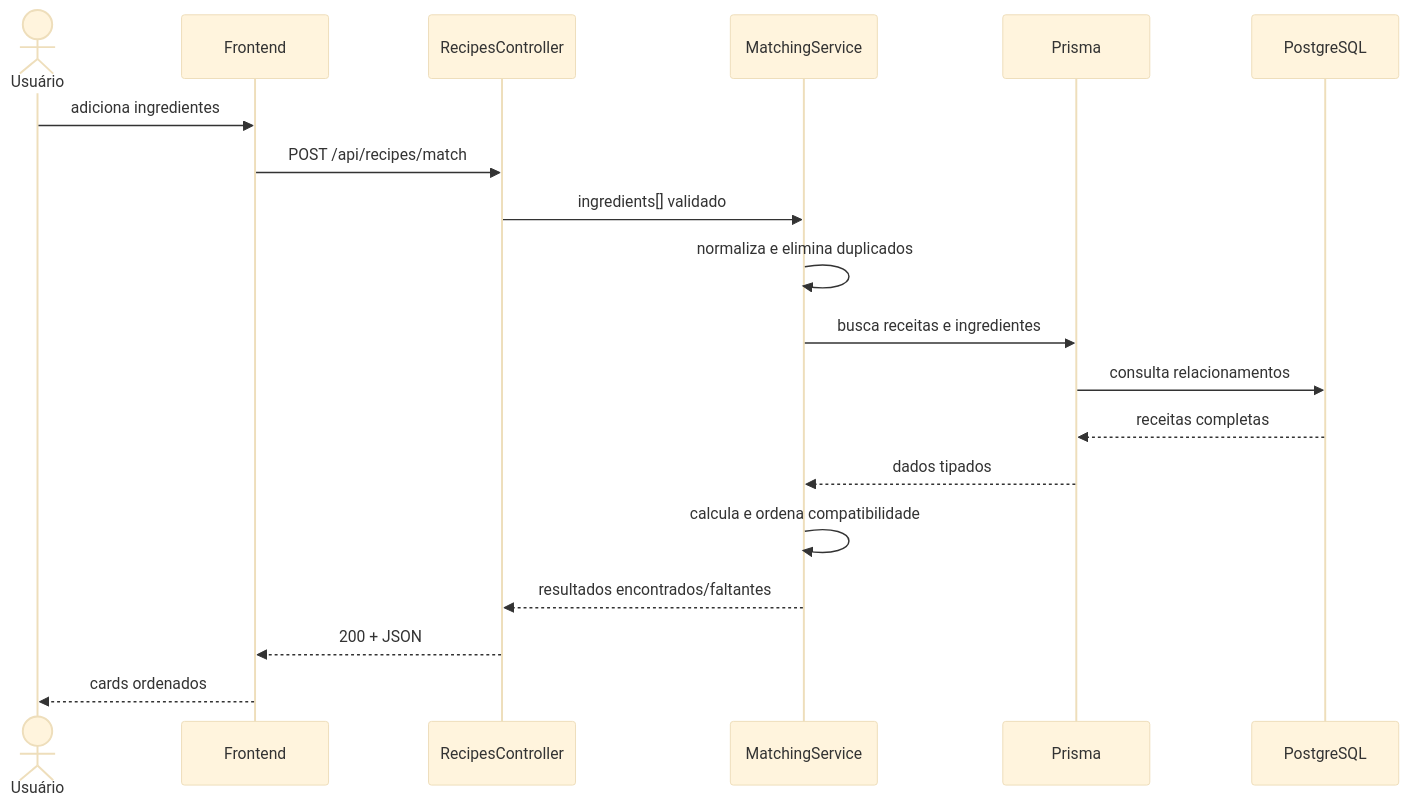
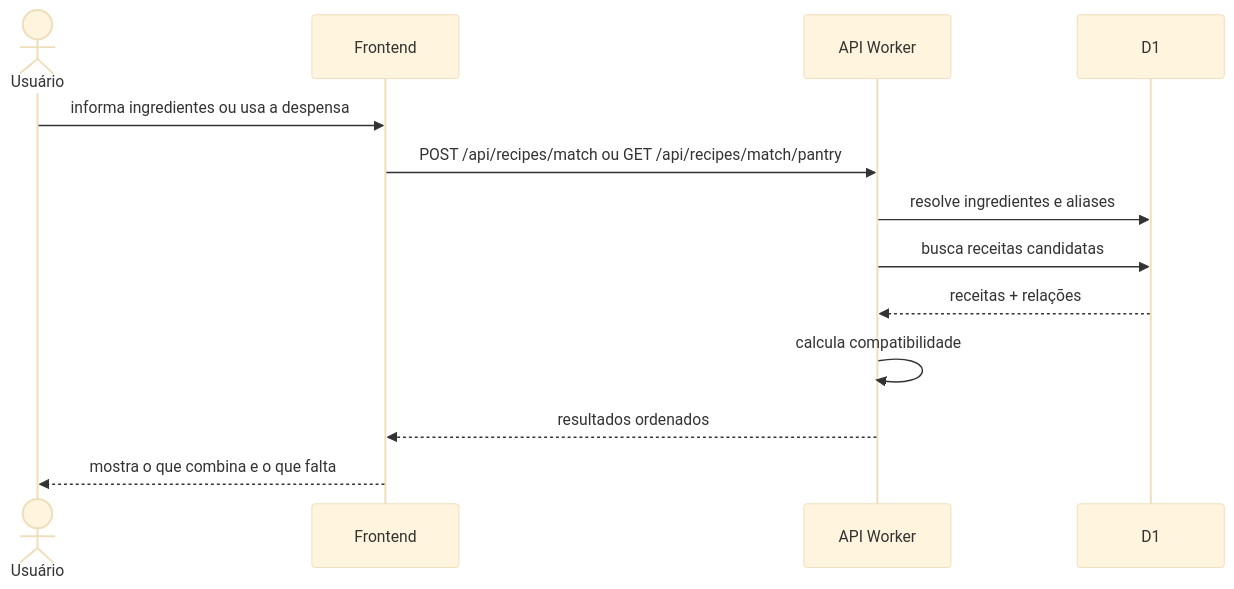
One commit to pitado/receitando changed the second of 3 diagrams in docs/architecture.md. Above: the diagram before and after it, drawn with Mermaid (base theme). The commit also changed other lines of this file, not shown here.

````diff
--- a/docs/architecture.md
+++ b/docs/architecture.md
@@ -64,22 +111,16 @@
 ```mermaid
 sequenceDiagram
     actor Usuario as Usuário
     participant Web as Frontend
-    participant API as RecipesController
-    participant Service as MatchingService
-    participant Prisma as Prisma
-    participant DB as PostgreSQL
+    participant API as API Worker
+    participant DB as D1
 
-    Usuario->>Web: adiciona ingredientes
-    Web->>API: POST /api/recipes/match
-    API->>Service: ingredients[] validado
-    Service->>Service: normaliza e elimina duplicados
-    Service->>Prisma: busca receitas e ingredientes
-    Prisma->>DB: consulta relacionamentos
-    DB-->>Prisma: receitas completas
-    Prisma-->>Service: dados tipados
-    Service->>Service: calcula e ordena compatibilidade
-    Service-->>API: resultados encontrados/faltantes
-    API-->>Web: 200 + JSON
-    Web-->>Usuario: cards ordenados
+    Usuario->>Web: informa ingredientes ou usa a despensa
+    Web->>API: POST /api/recipes/match ou GET /api/recipes/match/pantry
+    API->>DB: resolve ingredientes e aliases
+    API->>DB: busca receitas candidatas
+    DB-->>API: receitas + relações
+    API->>API: calcula compatibilidade
+    API-->>Web: resultados ordenados
+    Web-->>Usuario: mostra o que combina e o que falta
 ```
````
